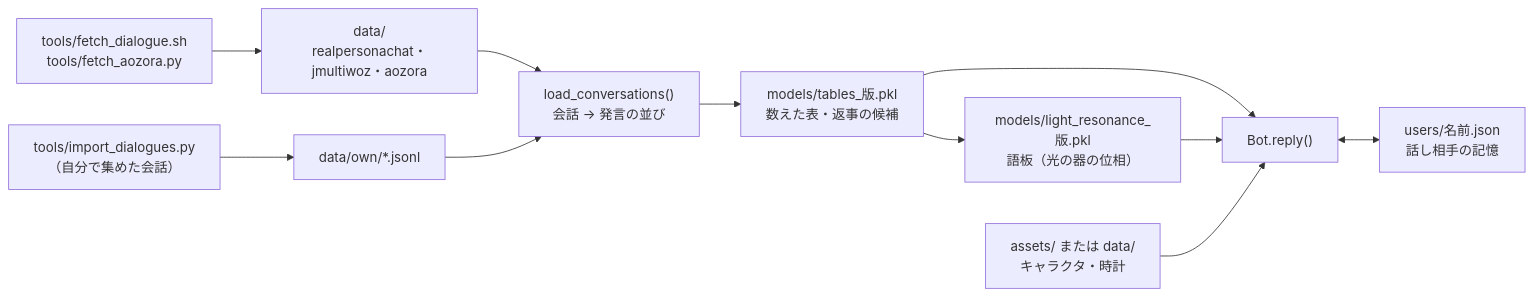
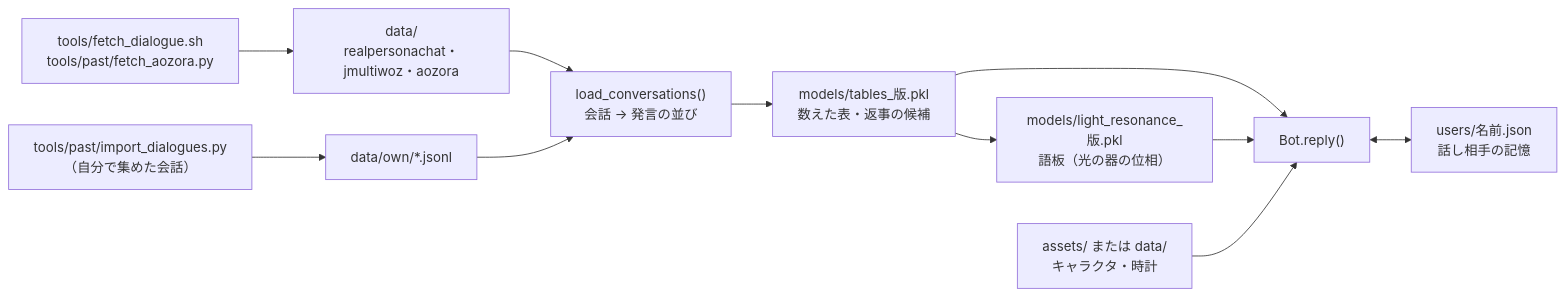
One commit to devaf09/Project_Kotoyui changed the diagram in docs/data_format.md. Above: the diagram before and after it, drawn with Mermaid. The commit also changed other lines of this file and 824 other files, not shown here.

````diff
--- a/docs/data_format.md
+++ b/docs/data_format.md
@@ -39,13 +39,13 @@
 ```mermaid
 flowchart LR
-    F["tools/fetch_dialogue.sh<br>tools/fetch_aozora.py"] --> D["data/<br>realpersonachat・jmultiwoz・aozora"]
-    I["tools/import_dialogues.py<br>（自分で集めた会話）"] --> O["data/own/*.jsonl"]
+    F["tools/fetch_dialogue.sh<br>tools/past/fetch_aozora.py"] --> D["data/<br>realpersonachat・jmultiwoz・aozora"]
+    I["tools/past/import_dialogues.py<br>（自分で集めた会話）"] --> O["data/own/*.jsonl"]
     D --> C["load_conversations()<br>会話 → 発言の並び"]
     O --> C
     C --> M["models/tables_版.pkl<br>数えた表・返事の候補"]
     M --> G["models/light_resonance_版.pkl<br>語板（光の器の位相）"]
     M --> B["Bot.reply()"]
     G --> B
     A["assets/ または data/<br>キャラクタ・時計"] --> B
     B <--> U["users/名前.json<br>話し相手の記憶"]
 ```
````
